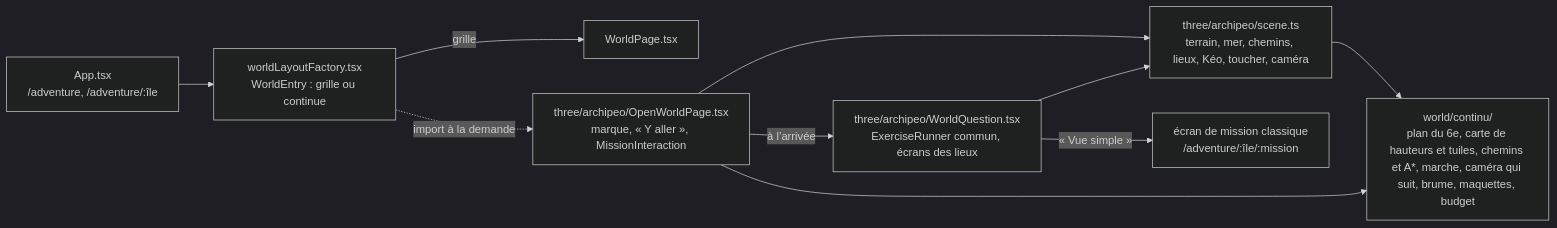
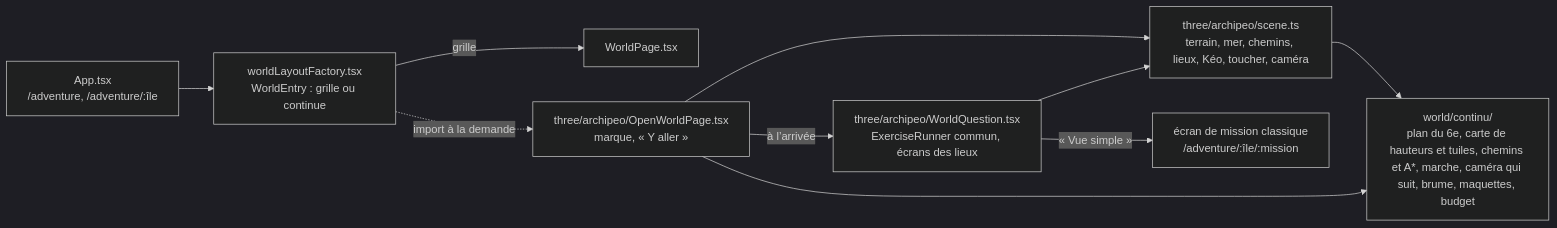
The fourth of 4 diagrams in docs/architecture/monde.md (g7ed6e/dysapps), drawn with Mermaid (dark theme) before and after one commit. The commit also changed other lines of this file and 17 other files, not shown here.

````diff
--- a/docs/architecture/monde.md
+++ b/docs/architecture/monde.md
@@ -72,12 +72,12 @@
 ```mermaid
 flowchart LR
   app[App.tsx<br/>/adventure, /adventure/:île] --> fabrique[worldLayoutFactory.tsx<br/>WorldEntry : grille ou continue]
   fabrique -- grille --> page[WorldPage.tsx]
-  fabrique -. import à la demande .-> ouvert[three/archipeo/OpenWorldPage.tsx<br/>marque, « Y aller », MissionInteraction]
+  fabrique -. import à la demande .-> ouvert[three/archipeo/OpenWorldPage.tsx<br/>marque, « Y aller »]
   ouvert --> scene[three/archipeo/scene.ts<br/>terrain, mer, chemins, lieux, Kéo, toucher, caméra]
   scene --> continu[world/continu/<br/>plan du 6e, carte de hauteurs et tuiles, chemins et A*, marche, caméra qui suit, brume, maquettes, budget]
   ouvert --> continu
   ouvert -- à l’arrivée --> question[three/archipeo/WorldQuestion.tsx<br/>ExerciseRunner commun, écrans des lieux]
   question --> scene
   question -- « Vue simple » --> mission[écran de mission classique<br/>/adventure/:île/:mission]
 ```
````
